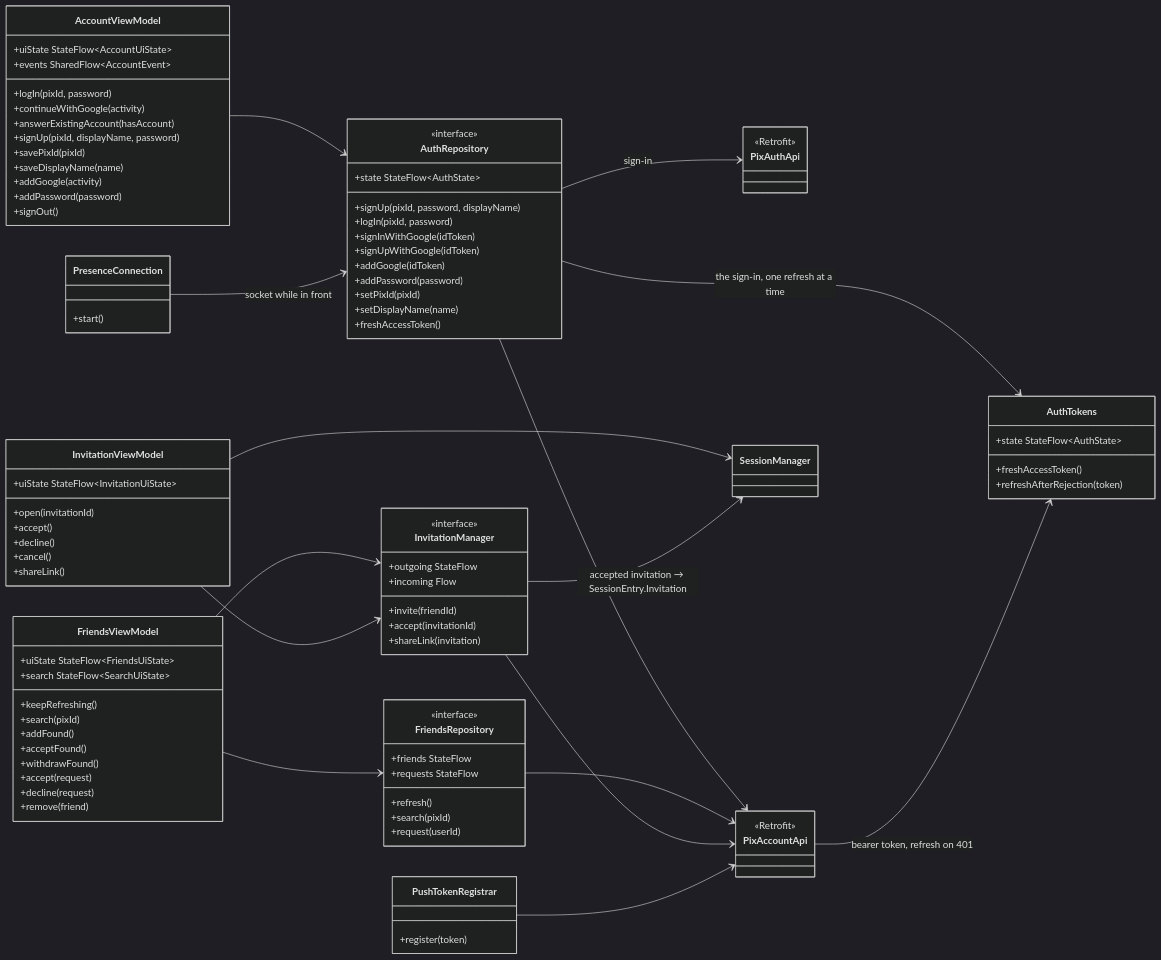
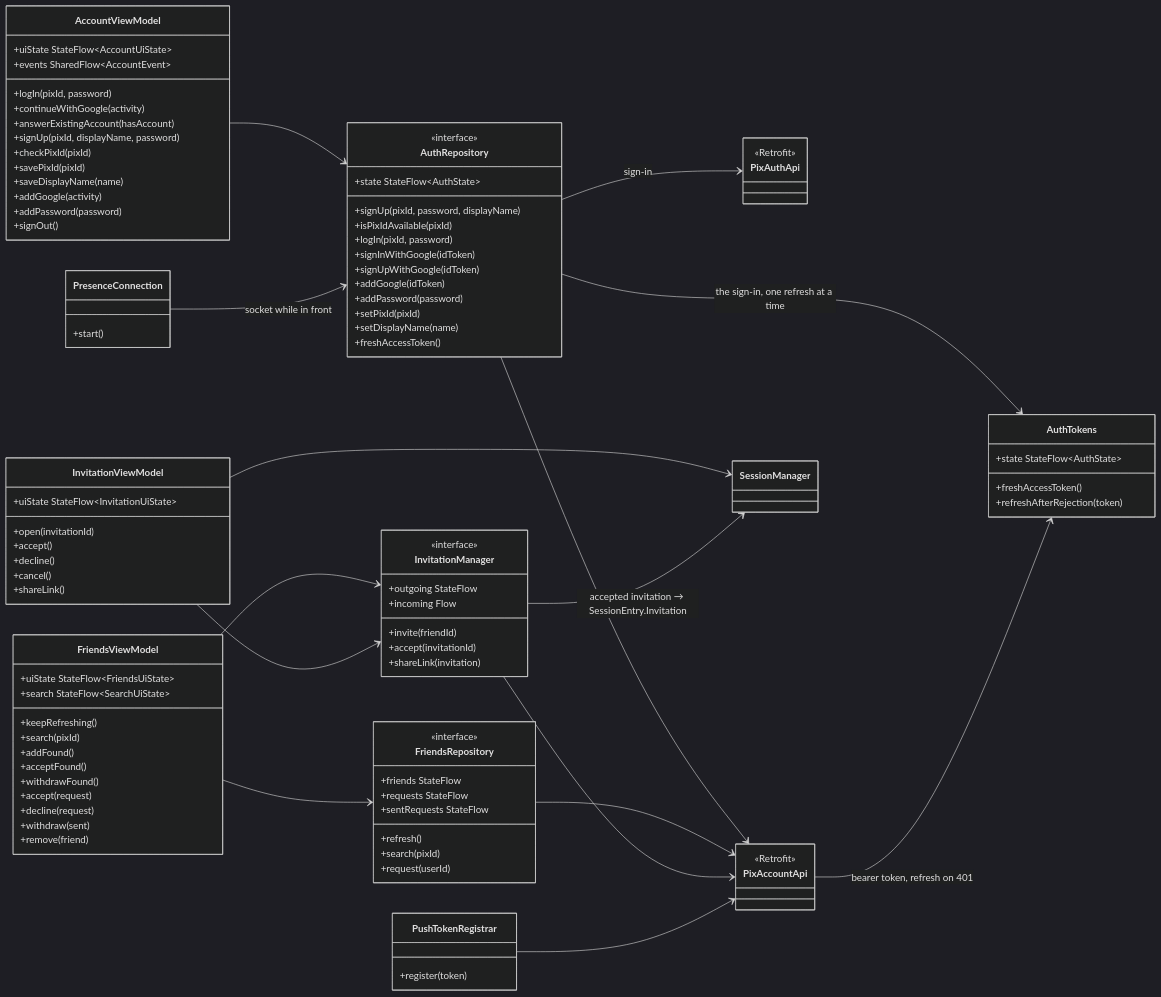
Before and after one commit to snuhcs-course/swpp-2026-project-team-10: the ninth of 12 diagrams in wiki/Design-Documentation.md, drawn with Mermaid (dark theme). The commit also changed other lines of this file and 37 other files, not shown here.

First line of the commit message:
feat: add Pix ID Check and the Sent requests screen

```diff
--- a/wiki/Design-Documentation.md
+++ b/wiki/Design-Documentation.md
@@ -656,6 +659,7 @@
     +continueWithGoogle(activity)
     +answerExistingAccount(hasAccount)
     +signUp(pixId, displayName, password)
+    +checkPixId(pixId)
     +savePixId(pixId)
     +saveDisplayName(name)
     +addGoogle(activity)
@@ -672,6 +676,7 @@
     +withdrawFound()
     +accept(request)
     +decline(request)
+    +withdraw(sent)
     +remove(friend)
   }
   class InvitationViewModel {
@@ -686,6 +691,7 @@
     <<interface>>
     +state StateFlow~AuthState~
     +signUp(pixId, password, displayName)
+    +isPixIdAvailable(pixId)
     +logIn(pixId, password)
     +signInWithGoogle(idToken)
     +signUpWithGoogle(idToken)
@@ -699,6 +705,7 @@
     <<interface>>
     +friends StateFlow
     +requests StateFlow
+    +sentRequests StateFlow
     +refresh()
     +search(pixId)
     +request(userId)
```
